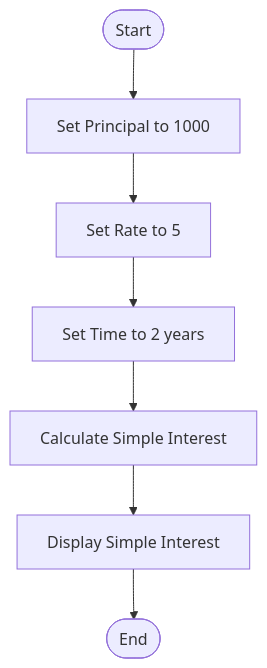
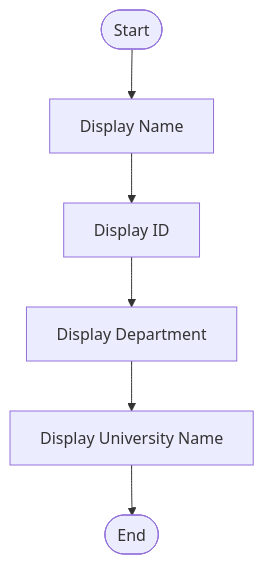
One commit to tonmoy222/C-programming-lab-work-Batch-34 changed the second of 3 diagrams in Lab-01-Basic-C-Programming/README.md. Above: the diagram before and after it, drawn with Mermaid. The commit also changed other lines of this file, not shown here.

````diff
--- a/Lab-01-Basic-C-Programming/README.md
+++ b/Lab-01-Basic-C-Programming/README.md
@@ -76,9 +32,8 @@
 ```mermaid
 flowchart TD
-    A([Start]) --> B["Set Principal to 1000"]
-    B --> C["Set Rate to 5"]
-    C --> D["Set Time to 2 years"]
-    D --> E["Calculate Simple Interest"]
-    E --> F["Display Simple Interest"]
-    F --> G([End])
+    A([Start]) --> B["Display Name"]
+    B --> C["Display ID"]
+    C --> D["Display Department"]
+    D --> E["Display University Name"]
+    E --> F([End])
 ```
````
